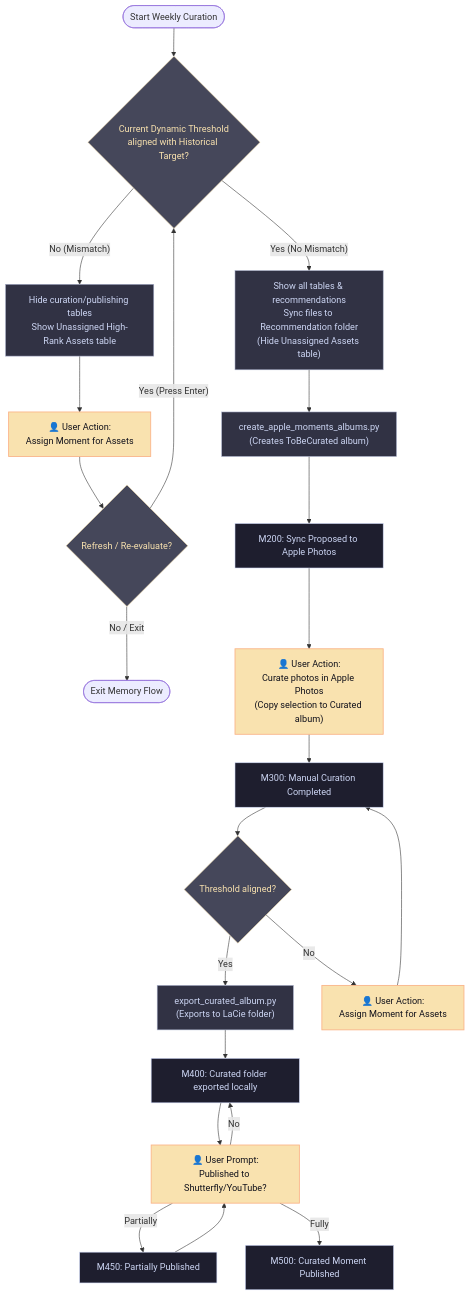
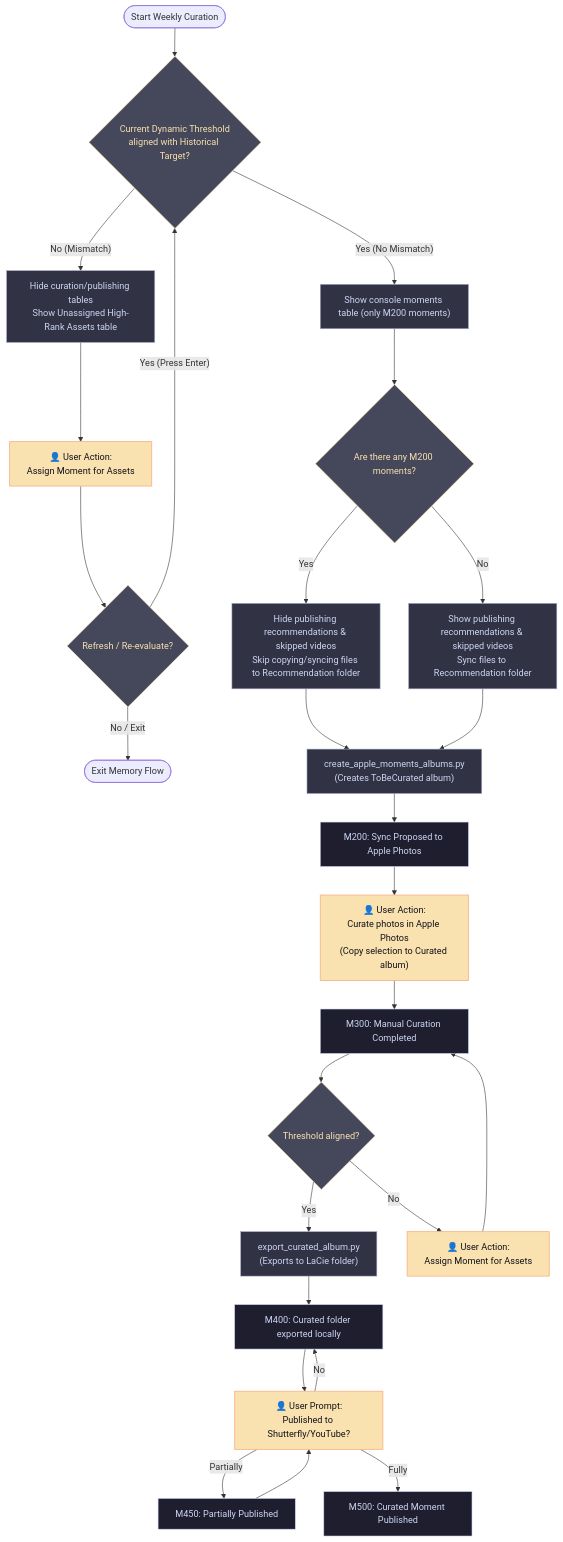
One commit to nickolaycohen/media-organizer-pipeline changed the second of 2 diagrams in docs/pipeline_architecture.md. Above: the diagram before and after it, drawn with Mermaid. The commit also changed 1 other file, not shown here.

Commit message:
Gate publishing recommendations and disk syncing on the absence of M200 moments

````diff
--- a/docs/pipeline_architecture.md
+++ b/docs/pipeline_architecture.md
@@ -81,35 +81,40 @@
 ```mermaid
 flowchart TD
     classDef state fill:#1e1e2e,stroke:#cdd6f4,stroke-width:1px,color:#cdd6f4;
     classDef action fill:#313244,stroke:#a6adc8,stroke-width:1px,color:#cdd6f4;
     classDef prompt fill:#f9e2af,stroke:#fab387,stroke-width:1.5px,color:#11111b;
     classDef decision fill:#45475a,stroke:#f9e2af,stroke-width:1px,color:#f9e2af;
     
     Start([Start Weekly Curation]) --> Dec_Threshold{"Current Dynamic Threshold<br/>aligned with Historical Target?"}:::decision
     
-    Dec_Threshold -- "Yes (No Mismatch)" --> T2_ShowAll["Show all tables & recommendations<br/>Sync files to Recommendation folder<br/>(Hide Unassigned Assets table)"]:::action
+    Dec_Threshold -- "Yes (No Mismatch)" --> T2_ShowMoments["Show console moments table (only M200 moments)"]:::action
     Dec_Threshold -- "No (Mismatch)" --> T2_Limited["Hide curation/publishing tables<br/>Show Unassigned High-Rank Assets table"]:::action
     
     T2_Limited --> Act_Assign_Moments["👤 User Action:<br/>Assign Moment for Assets"]:::prompt
     Act_Assign_Moments --> Prompt_Refresh{"Refresh / Re-evaluate?"}:::decision
     Prompt_Refresh -- "Yes (Press Enter)" --> Dec_Threshold
     Prompt_Refresh -- "No / Exit" --> Exit_Flow([Exit Memory Flow])
     
-    T2_ShowAll --> Act_Sync["create_apple_moments_albums.py<br/>(Creates ToBeCurated album)"]:::action
+    T2_ShowMoments --> Dec_M200_Exists{"Are there any M200 moments?"}:::decision
+    Dec_M200_Exists -- "Yes" --> T2_HidePublishing["Hide publishing recommendations & skipped videos<br/>Skip copying/syncing files to Recommendation folder"]:::action
+    Dec_M200_Exists -- "No" --> T2_ShowPublishing["Show publishing recommendations & skipped videos<br/>Sync files to Recommendation folder"]:::action
+    
+    T2_HidePublishing --> Act_Sync["create_apple_moments_albums.py<br/>(Creates ToBeCurated album)"]:::action
+    T2_ShowPublishing --> Act_Sync
     
     Act_Sync --> T2_M200["M200: Sync Proposed to Apple Photos"]:::state
     T2_M200 --> Act_Manual["👤 User Action:<br/>Curate photos in Apple Photos<br/>(Copy selection to Curated album)"]:::prompt
     Act_Manual --> T2_M300["M300: Manual Curation Completed"]:::state
     
     T2_M300 --> Dec_Threshold_Curated{"Threshold aligned?"}:::decision
     Dec_Threshold_Curated -- "Yes" --> Act_Export["export_curated_album.py<br/>(Exports to LaCie folder)"]:::action
     Dec_Threshold_Curated -- "No" --> Act_Assign_Moments_Curated["👤 User Action:<br/>Assign Moment for Assets"]:::prompt
     Act_Assign_Moments_Curated --> T2_M300
     
     Act_Export --> T2_M400["M400: Curated folder exported locally"]:::state
     T2_M400 --> Prompt_Publish["👤 User Prompt:<br/>Published to Shutterfly/YouTube?"]:::prompt
     Prompt_Publish -- "Partially" --> T2_M450["M450: Partially Published"]:::state
     Prompt_Publish -- "Fully" --> T2_M500["M500: Curated Moment Published"]:::state
     T2_M450 --> Prompt_Publish
     Prompt_Publish -- "No" --> T2_M400
 ```
````
